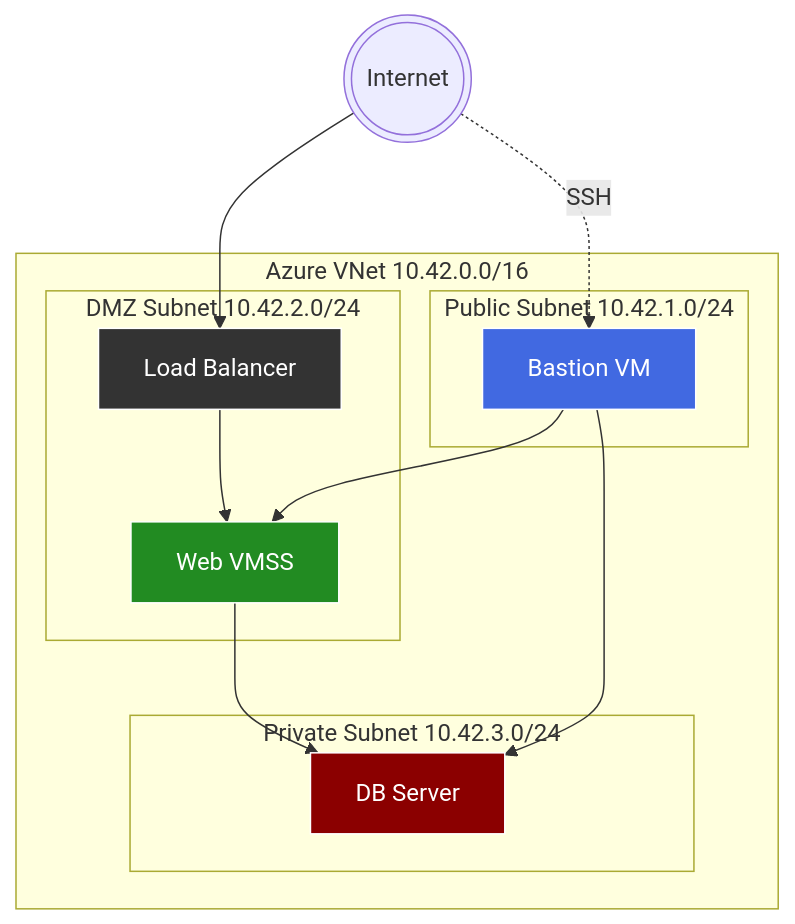
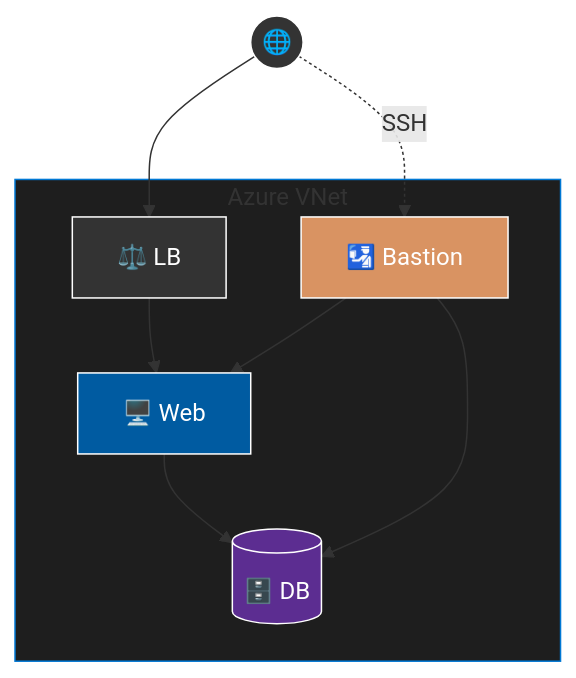
The third of 3 diagrams in _posts/cyberkillchain/2025-12-27-CKC-Project-Overview.md (HamaPr/HamaPr.github.io), drawn with Mermaid before and after one commit. The commit also changed other lines of this file and 3 other files, not shown here.

````diff
--- a/_posts/cyberkillchain/2025-12-27-CKC-Project-Overview.md
+++ b/_posts/cyberkillchain/2025-12-27-CKC-Project-Overview.md
@@ -230,31 +235,23 @@
 ```mermaid
 flowchart TB
-    classDef public fill:#4169E1,stroke:#fff,color:white;
-    classDef dmz fill:#228B22,stroke:#fff,color:white;
-    classDef private fill:#8B0000,stroke:#fff,color:white;
-    classDef lb fill:#333,stroke:#fff,color:white;
+    I(("🌐")) --> LB
+    I -.->|SSH| B
 
-    Internet((("Internet")))
-    
-    subgraph Azure ["Azure VNet 10.42.0.0/16"]
-        subgraph Public ["Public Subnet 10.42.1.0/24"]
-            Bastion["Bastion VM"]:::public
-        end
-        
-        subgraph DMZ ["DMZ Subnet 10.42.2.0/24"]
-            LB["Load Balancer"]:::lb
-            Web["Web VMSS"]:::dmz
-        end
-        
-        subgraph Private ["Private Subnet 10.42.3.0/24"]
-            DB["DB Server"]:::private
-        end
+    subgraph VNET ["Azure VNet"]
+        B["🛂 Bastion"]
+        LB["⚖️ LB"]
+        W["🖥️ Web"]
+        D[("🗄️ DB")]
     end
 
-    Internet --> LB
-    Internet -.->|SSH| Bastion
-    LB --> Web
-    Web --> DB
-    Bastion --> Web
-    Bastion --> DB
+    LB --> W
+    W --> D
+    B --> W & D
+
+    style I fill:#333,stroke:#fff,color:#fff
+    style B fill:#D99362,stroke:#fff,color:#fff
+    style LB fill:#333,stroke:#fff,color:#fff
+    style W fill:#005BA1,stroke:#fff,color:#fff
+    style D fill:#5C2D91,stroke:#fff,color:#fff
+    style VNET fill:#1e1e1e,stroke:#0078D4
 ```
````
